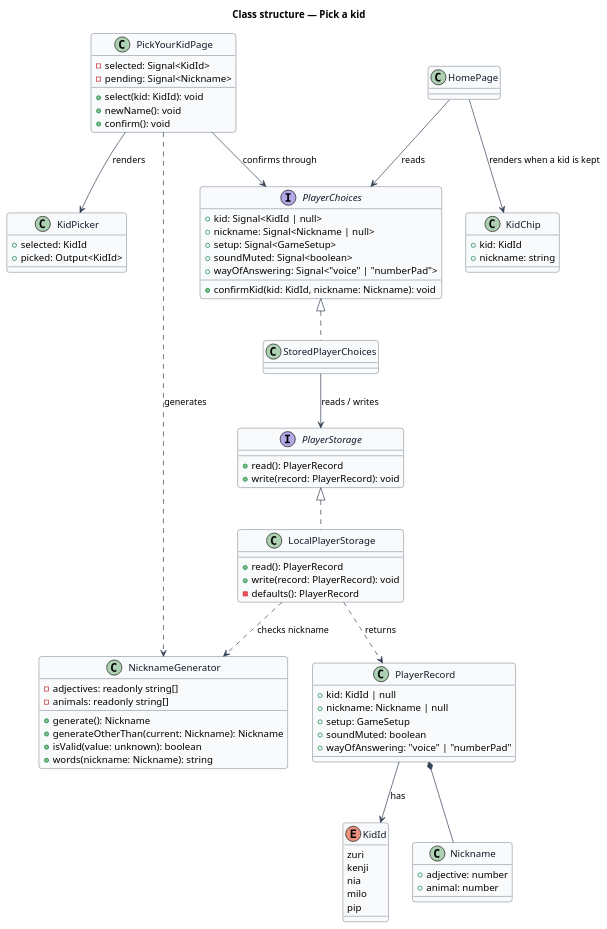
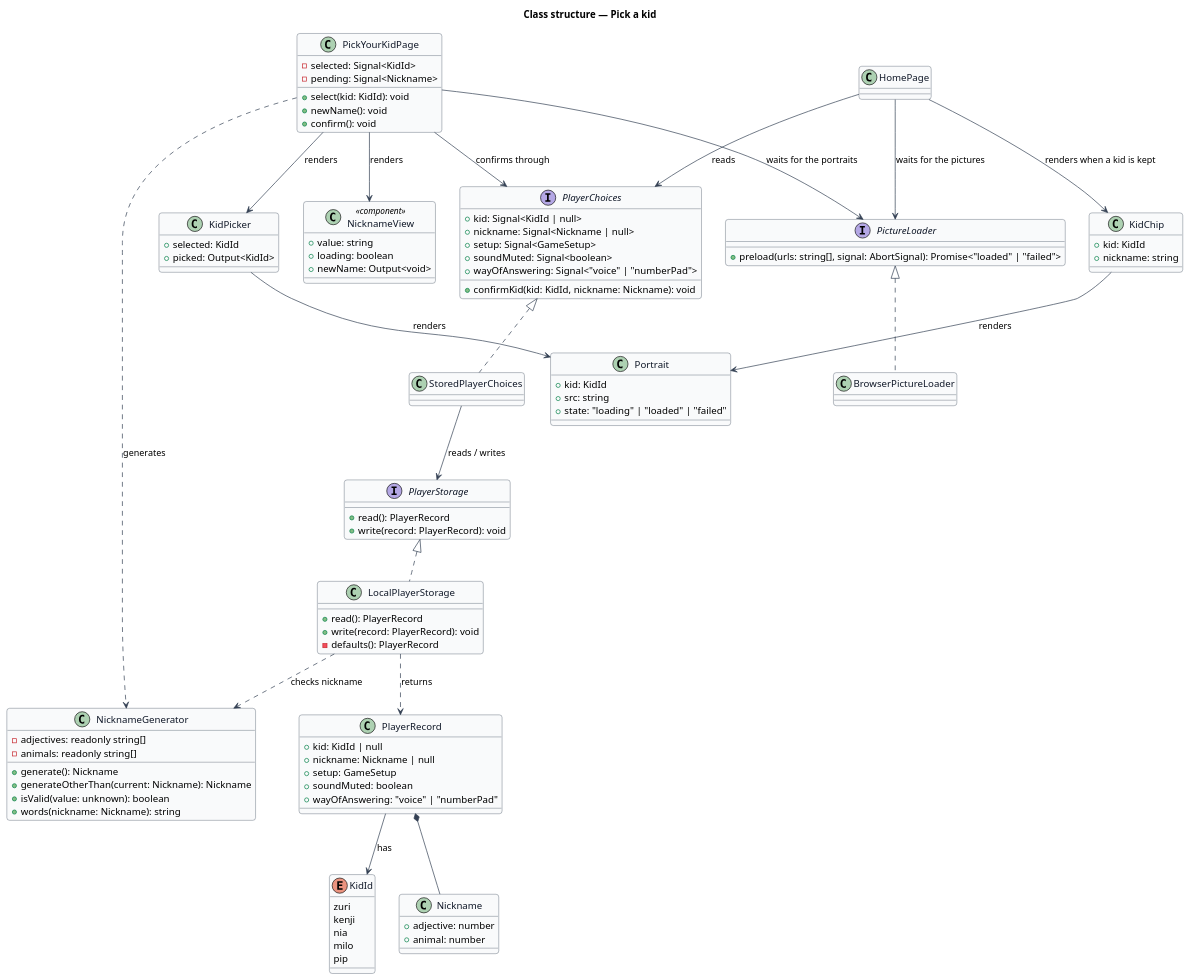
Before and after one commit to QuinntyneBrown/around-the-world: the diagram in docs/detailed-designs/player/pick-kid/diagrams/class-structure.puml, drawn with PlantUML. The commit also changed 7 other files, not shown here.

First line of the commit message:
Record journey 02's decisions and resolve the pick-kid design markers

```diff
--- a/docs/detailed-designs/player/pick-kid/diagrams/class-structure.puml
+++ b/docs/detailed-designs/player/pick-kid/diagrams/class-structure.puml
@@ -1,100 +1,124 @@
 @startuml
 ' --- shared skin header ---
 skinparam backgroundColor #FFFFFF
 skinparam shadowing false
 skinparam roundcorner 8
 skinparam defaultFontName Arial
 skinparam ArrowColor #344054
 skinparam class {
   BorderColor #344054
   FontColor #101828
   BackgroundColor #F9FAFB
 }
 ' --------------------------
 title Class structure — Pick a kid
 
 enum KidId {
   zuri
   kenji
   nia
   milo
   pip
 }
 
 class Nickname {
   +adjective: number
   +animal: number
 }
 
 class PlayerRecord {
   +kid: KidId | null
   +nickname: Nickname | null
   +setup: GameSetup
   +soundMuted: boolean
   +wayOfAnswering: "voice" | "numberPad"
 }
 
 interface PlayerStorage {
   +read(): PlayerRecord
   +write(record: PlayerRecord): void
 }
 
 class LocalPlayerStorage {
   +read(): PlayerRecord
   +write(record: PlayerRecord): void
   -defaults(): PlayerRecord
 }
 
 class NicknameGenerator {
   -adjectives: readonly string[]
   -animals: readonly string[]
   +generate(): Nickname
   +generateOtherThan(current: Nickname): Nickname
   +isValid(value: unknown): boolean
   +words(nickname: Nickname): string
 }
 
 interface PlayerChoices {
   +kid: Signal<KidId | null>
   +nickname: Signal<Nickname | null>
   +setup: Signal<GameSetup>
   +soundMuted: Signal<boolean>
   +wayOfAnswering: Signal<"voice" | "numberPad">
   +confirmKid(kid: KidId, nickname: Nickname): void
 }
 
 class StoredPlayerChoices
 
 class PickYourKidPage {
   -selected: Signal<KidId>
   -pending: Signal<Nickname>
   +select(kid: KidId): void
   +newName(): void
   +confirm(): void
 }
 
 class KidPicker {
   +selected: KidId
   +picked: Output<KidId>
 }
 
 class KidChip {
   +kid: KidId
   +nickname: string
 }
 
 class HomePage
 
+interface PictureLoader {
+  +preload(urls: string[], signal: AbortSignal): Promise<"loaded" | "failed">
+}
+
+class BrowserPictureLoader
+
+class Portrait {
+  +kid: KidId
+  +src: string
+  +state: "loading" | "loaded" | "failed"
+}
+
+class NicknameView <<component>> {
+  +value: string
+  +loading: boolean
+  +newName: Output<void>
+}
+
 PlayerStorage <|.. LocalPlayerStorage
 PlayerChoices <|.. StoredPlayerChoices
 PlayerRecord *-- Nickname
 PlayerRecord --> KidId : has
 StoredPlayerChoices --> PlayerStorage : reads / writes
 LocalPlayerStorage ..> NicknameGenerator : checks nickname
 LocalPlayerStorage ..> PlayerRecord : returns
 PickYourKidPage --> PlayerChoices : confirms through
 PickYourKidPage ..> NicknameGenerator : generates
 PickYourKidPage --> KidPicker : renders
 HomePage --> PlayerChoices : reads
 HomePage --> KidChip : renders when a kid is kept
+PictureLoader <|.. BrowserPictureLoader
+PickYourKidPage --> PictureLoader : waits for the portraits
+HomePage --> PictureLoader : waits for the pictures
+PickYourKidPage --> NicknameView : renders
+KidPicker --> Portrait : renders
+KidChip --> Portrait : renders
 @enduml
```
